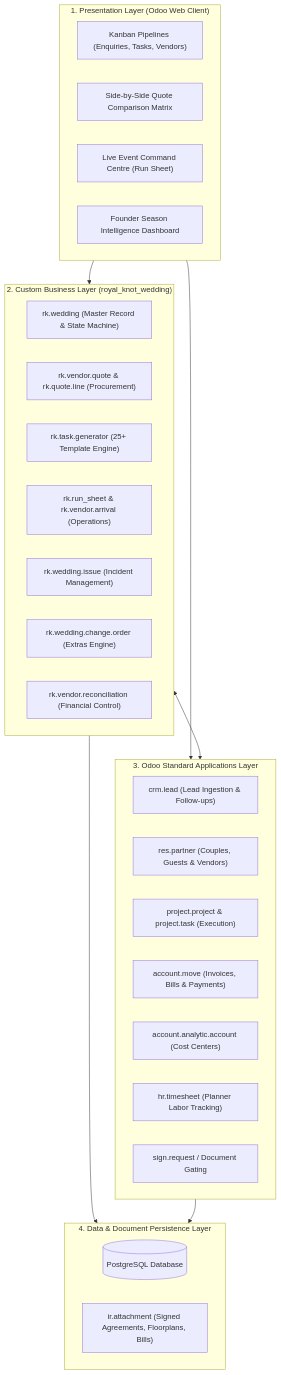
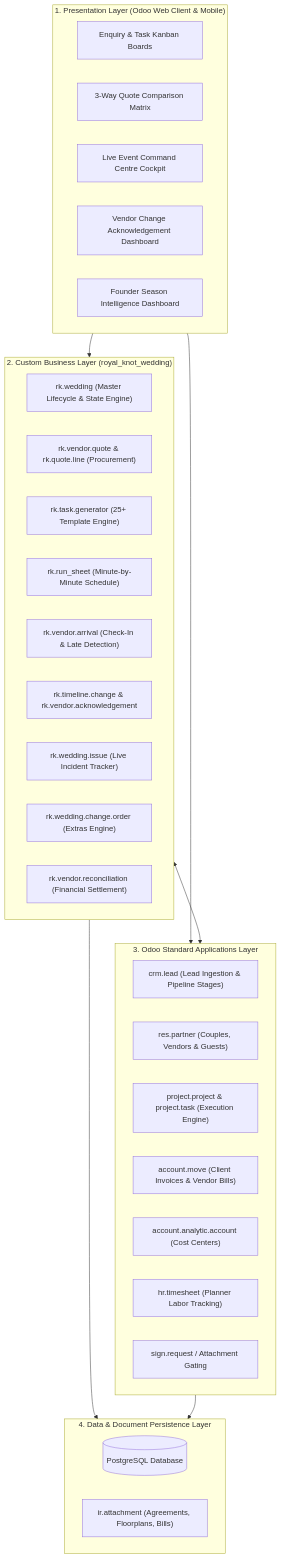
One commit to pavankarthikeyaatchyuta-lab/ODOO_Finals changed the first of 6 diagrams in README.md. Above: the diagram before and after it, drawn with Mermaid. The commit also changed other lines of this file, not shown here.

Commit message:
docs: integrate 8 core modules, timeline change & vendor acknowledgement differentiator, and updated architectures

````diff
--- a/README.md
+++ b/README.md
@@ -29,40 +36,43 @@
 ```mermaid
 flowchart TD
-    subgraph Presentation_Layer["1. Presentation Layer (Odoo Web Client)"]
-        UI_Kanban["Kanban Pipelines (Enquiries, Tasks, Vendors)"]
-        UI_Matrix["Side-by-Side Quote Comparison Matrix"]
-        UI_Command["Live Event Command Centre (Run Sheet)"]
+    subgraph Presentation_Layer["1. Presentation Layer (Odoo Web Client & Mobile)"]
+        UI_Kanban["Enquiry & Task Kanban Boards"]
+        UI_Compare["3-Way Quote Comparison Matrix"]
+        UI_Command["Live Event Command Centre Cockpit"]
+        UI_Ack["Vendor Change Acknowledgement Dashboard"]
         UI_Dashboard["Founder Season Intelligence Dashboard"]
     end
 
-    subgraph Custom_Module["2. Custom Business Layer (royal_knot_wedding)"]
-        M_Wedding["rk.wedding (Master Record & State Machine)"]
+    subgraph Custom_Business_Layer["2. Custom Business Layer (royal_knot_wedding)"]
+        M_Wedding["rk.wedding (Master Lifecycle & State Engine)"]
         M_Quotes["rk.vendor.quote & rk.quote.line (Procurement)"]
         M_PlanGen["rk.task.generator (25+ Template Engine)"]
-        M_RunSheet["rk.run_sheet & rk.vendor.arrival (Operations)"]
-        M_Issues["rk.wedding.issue (Incident Management)"]
+        M_RunSheet["rk.run_sheet (Minute-by-Minute Schedule)"]
+        M_Arrival["rk.vendor.arrival (Check-In & Late Detection)"]
+        M_ChangeAck["rk.timeline.change & rk.vendor.acknowledgement"]
+        M_Issues["rk.wedding.issue (Live Incident Tracker)"]
         M_ChangeOrder["rk.wedding.change.order (Extras Engine)"]
-        M_Reconcile["rk.vendor.reconciliation (Financial Control)"]
+        M_Reconcile["rk.vendor.reconciliation (Financial Settlement)"]
     end
 
-    subgraph Odoo_Core["3. Odoo Standard Applications Layer"]
-        App_CRM["crm.lead (Lead Ingestion & Follow-ups)"]
-        App_Contacts["res.partner (Couples, Guests & Vendors)"]
-        App_Project["project.project & project.task (Execution)"]
-        App_Account["account.move (Invoices, Bills & Payments)"]
+    subgraph Odoo_Core_Apps["3. Odoo Standard Applications Layer"]
+        App_CRM["crm.lead (Lead Ingestion & Pipeline Stages)"]
+        App_Contacts["res.partner (Couples, Vendors & Guests)"]
+        App_Project["project.project & project.task (Execution Engine)"]
+        App_Account["account.move (Client Invoices & Vendor Bills)"]
         App_Analytic["account.analytic.account (Cost Centers)"]
         App_Timesheet["hr.timesheet (Planner Labor Tracking)"]
-        App_Sign["sign.request / Document Gating"]
+        App_Sign["sign.request / Attachment Gating"]
     end
 
     subgraph Persistence_Layer["4. Data & Document Persistence Layer"]
         DB[(PostgreSQL Database)]
-        DocStore["ir.attachment (Signed Agreements, Floorplans, Bills)"]
+        DocStore["ir.attachment (Agreements, Floorplans, Bills)"]
     end
 
-    Presentation_Layer --> Custom_Module
-    Presentation_Layer --> Odoo_Core
-    Custom_Module <--> Odoo_Core
-    Custom_Module --> Persistence_Layer
-    Odoo_Core --> Persistence_Layer
+    Presentation_Layer --> Custom_Business_Layer
+    Presentation_Layer --> Odoo_Core_Apps
+    Custom_Business_Layer <--> Odoo_Core_Apps
+    Custom_Business_Layer --> Persistence_Layer
+    Odoo_Core_Apps --> Persistence_Layer
 ```
````
